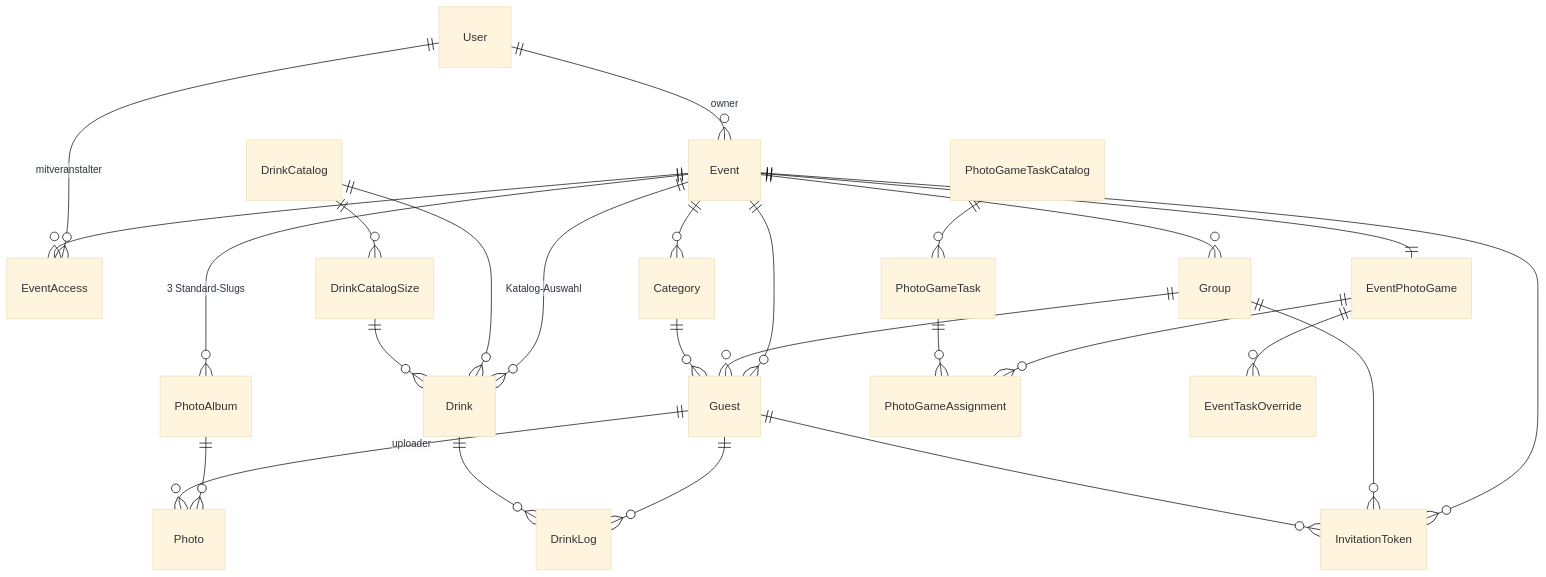
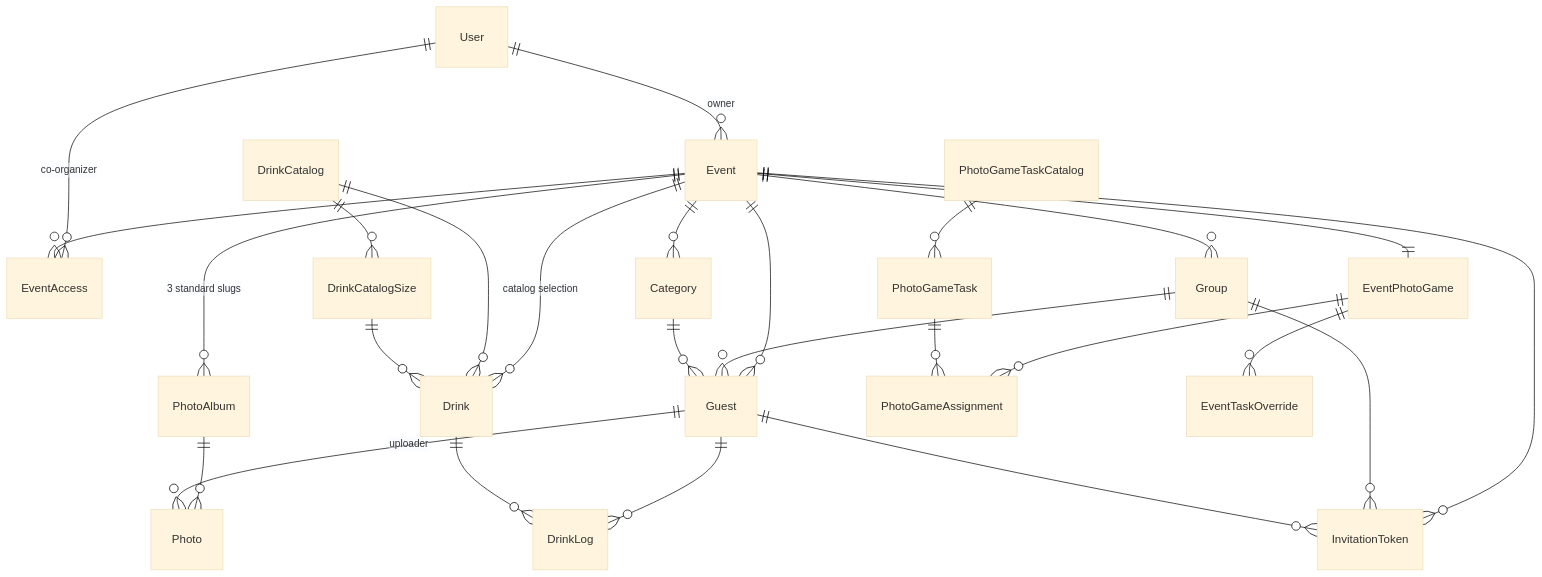
One commit to AHommrich/eventplaner changed the diagram in docs/ARCHITECTURE.md. Above: the diagram before and after it, drawn with Mermaid (base theme). The commit also changed other lines of this file and 117 other files, not shown here.

Commit message:
PhotoSanitizer re-encodes every upload to JPEG via Imagick/GD, removing   EXIF/IPTC/XMP across all four upload paths. 76 files of code comments,   README and ARCHITECTURE translated to English; README.de.md preserves DE.

````diff
--- a/docs/ARCHITECTURE.md
+++ b/docs/ARCHITECTURE.md
@@ -13,33 +13,33 @@
 ```mermaid
 erDiagram
     User ||--o{ Event : "owner"
-    User ||--o{ EventAccess : "mitveranstalter"
+    User ||--o{ EventAccess : "co-organizer"
     Event ||--o{ EventAccess : ""
 
     Event ||--o{ Guest : ""
     Event ||--o{ Group : ""
     Event ||--o{ Category : ""
     Group ||--o{ Guest : ""
     Category ||--o{ Guest : ""
 
-    Event ||--o{ PhotoAlbum : "3 Standard-Slugs"
+    Event ||--o{ PhotoAlbum : "3 standard slugs"
     PhotoAlbum ||--o{ Photo : ""
     Guest ||--o{ Photo : "uploader"
 
-    Event ||--o{ Drink : "Katalog-Auswahl"
+    Event ||--o{ Drink : "catalog selection"
     DrinkCatalog ||--o{ DrinkCatalogSize : ""
     DrinkCatalog ||--o{ Drink : ""
     DrinkCatalogSize ||--o{ Drink : ""
     Guest ||--o{ DrinkLog : ""
     Drink ||--o{ DrinkLog : ""
 
     Event ||--|| EventPhotoGame : ""
     PhotoGameTaskCatalog ||--o{ PhotoGameTask : ""
     EventPhotoGame ||--o{ PhotoGameAssignment : ""
     PhotoGameTask ||--o{ PhotoGameAssignment : ""
     EventPhotoGame ||--o{ EventTaskOverride : ""
 
     Event ||--o{ InvitationToken : ""
     Group ||--o{ InvitationToken : ""
     Guest ||--o{ InvitationToken : ""
 ```
````
